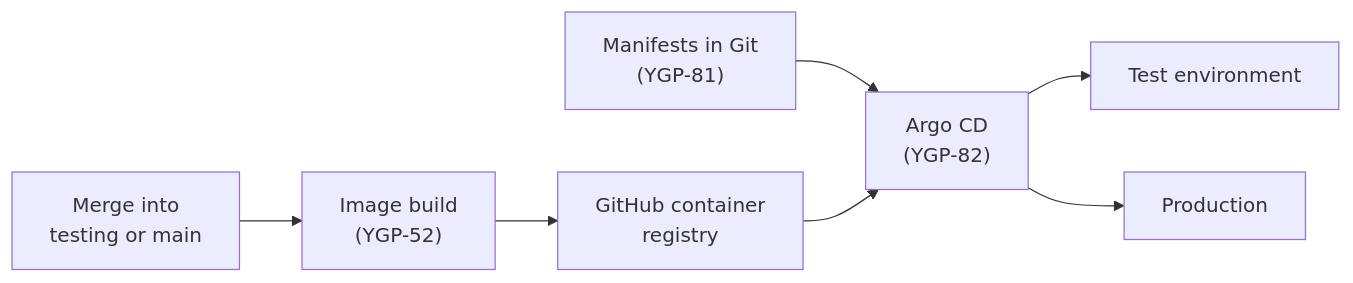
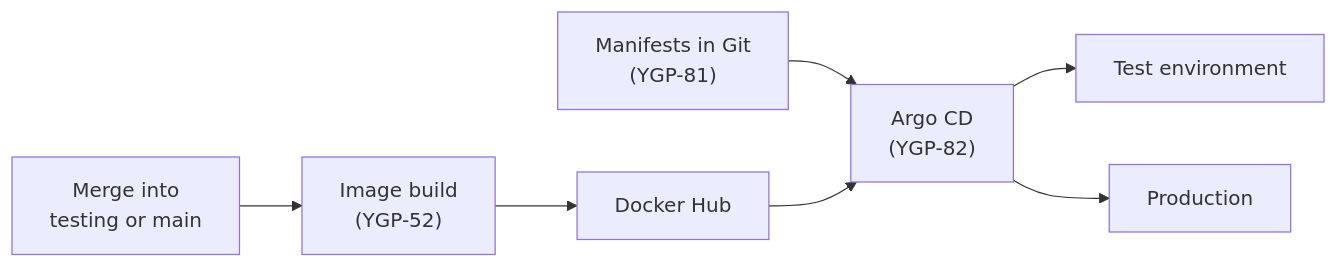
One commit to WH1TE-SHAD0W/ai-dubbing-studio changed the diagram in docs/deployment.md. Above: the diagram before and after it, drawn with Mermaid. The commit also changed other lines of this file and 1 other file, not shown here.

First line of the commit message:
docs: images go to Docker Hub, not GHCR (YGP-83)

````diff
--- a/docs/deployment.md
+++ b/docs/deployment.md
@@ -69,9 +69,9 @@
 ```mermaid
 flowchart LR
     merge["Merge into<br>testing or main"] --> build["Image build<br>(YGP-52)"]
-    build --> ghcr["GitHub container<br>registry"]
+    build --> hub["Docker Hub"]
     git["Manifests in Git<br>(YGP-81)"] --> argo["Argo CD<br>(YGP-82)"]
-    ghcr --> argo
+    hub --> argo
     argo --> test["Test environment"]
     argo --> prod["Production"]
 ```
````
